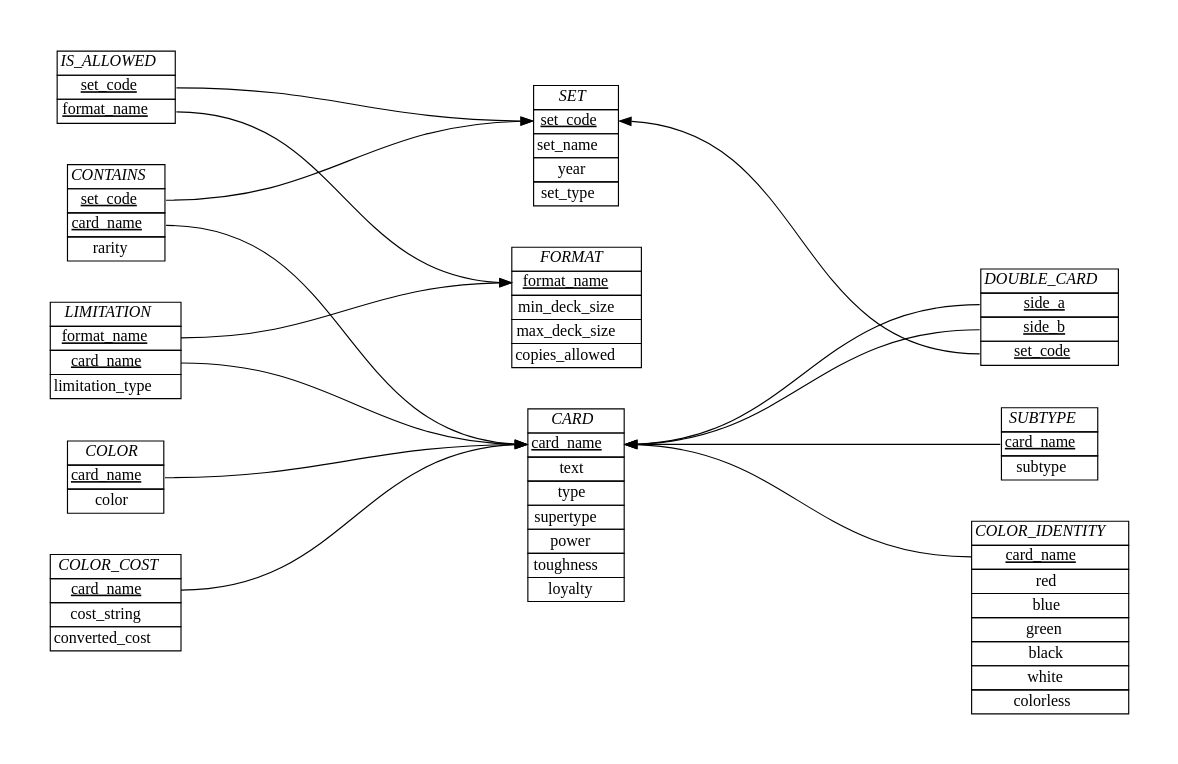
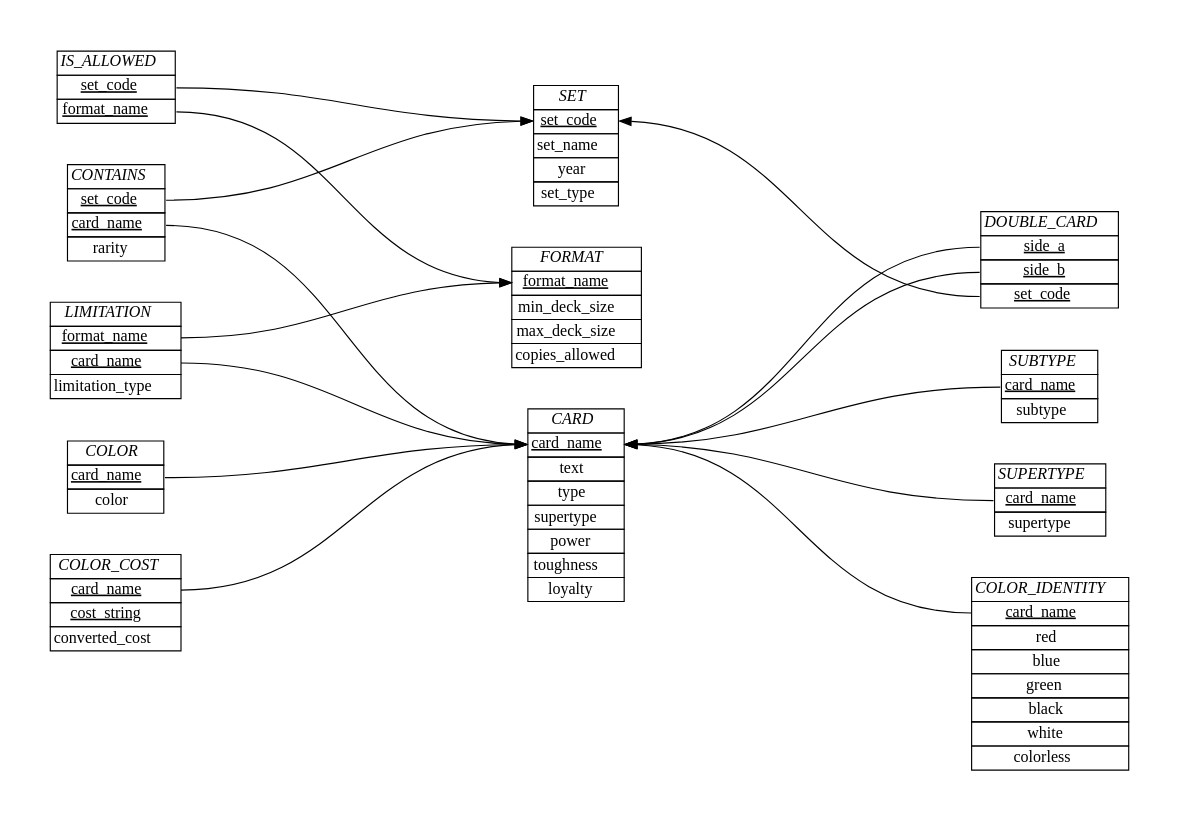
One commit to akilmarshall/trumark changed the diagram in schema/ER_diagram.dot. Above: the diagram before and after it, drawn with Graphviz. The commit also changed 6 other files, not shown here.

Commit message:
created a supertype table and removed it as an attribute from CARD

```diff
--- a/schema/ER_diagram.dot
+++ b/schema/ER_diagram.dot
@@ -1,123 +1,132 @@
 digraph {
     graph [splines=true, pad="0.5", nodesep="0.5", ranksep="4"];
     node [shape=plain];
     rankdir=LR; 
 
     Format [label=<
         <table border="0" cellborder="1" cellspacing="0">
         <tr><td><i>FORMAT</i></td></tr>
         <tr><td port="1"><u>format_name</u></td></tr>
         <tr><td port="2">min_deck_size</td></tr>
         <tr><td port="3">max_deck_size</td></tr>
         <tr><td port="4">copies_allowed</td></tr>
         </table>>];
 
     Set [label=<
         <table border="0" cellborder="1" cellspacing="0">
         <tr><td><i>SET</i></td></tr>
         <tr><td port="1"><u><font color="black">set_code</font></u></td></tr>
         <tr><td port="2"><font color="black">set_name</font></td></tr>
         <tr><td port="3">year</td></tr>
         <tr><td port="4">set_type</td></tr>
         </table>>];
 
     Card [label=<
         <table border="0" cellborder="1" cellspacing="0">
         <tr><td><i>CARD</i></td></tr>
         <tr><td port="1"><u><font color="black">card_name</font></u></td></tr>
         <tr><td port="2">text</td></tr>
         <tr><td port="4">type</td></tr>
         <tr><td port="5">supertype</td></tr>
         <tr><td port="6">power</td></tr>
         <tr><td port="7">toughness</td></tr>
         <tr><td port="8">loyalty</td></tr>
         </table>>];
 
     Contains [label=<
         <table border="0" cellborder="1" cellspacing="0">
         <tr><td><i>CONTAINS</i></td></tr>
         <tr><td port="1"><u>set_code</u></td></tr>
         <tr><td port="2"><u>card_name</u></td></tr>
         <tr><td port="3">rarity</td></tr>
         </table>>];
 
     Is_allowed [label=<
         <table border="0" cellborder="1" cellspacing="0">
         <tr><td><i>IS_ALLOWED</i></td></tr>
         <tr><td port="1"><u>set_code</u></td></tr>
         <tr><td port="2"><u>format_name</u></td></tr>
         </table>>];
 
     Double_card [label=<
         <table border="0" cellborder="1" cellspacing="0">
         <tr><td><i>DOUBLE_CARD</i></td></tr>
         <tr><td port="1"><u>side_a</u></td></tr>
         <tr><td port="2"><u>side_b</u></td></tr>
         <tr><td port="3"><u>set_code</u></td></tr>
         </table>>];
 
     Limitation [label=< <table border="0" cellborder="1" cellspacing="0">
     <tr><td><i>LIMITATION</i></td></tr>
     <tr><td port="1"><u>format_name</u></td></tr>
     <tr><td port="2"><u>card_name</u></td></tr>
     <tr><td port="3">limitation_type</td></tr>
     </table>>];
 
     Subtype [label=<
         <table border="0" cellborder="1" cellspacing="0">
         <tr><td><i>SUBTYPE</i></td></tr>
         <tr><td port="1"><u>card_name</u></td></tr>
         <tr><td port="2">subtype</td></tr>
         </table>>];
 
+    Supertype [label=<
+        <table border="0" cellborder="1" cellspacing="0">
+        <tr><td><i>SUPERTYPE</i></td></tr>
+        <tr><td port="1"><u>card_name</u></td></tr>
+        <tr><td port="2">supertype</td></tr>
+        </table>>];
+
     Color_identity [label=<
         <table border="0" cellborder="1" cellspacing="0">
         <tr><td><i>COLOR_IDENTITY</i></td></tr>
         <tr><td port="1"><u>card_name</u></td></tr>
         <tr><td port="2">red</td></tr>
         <tr><td port="3">blue</td></tr>
         <tr><td port="4">green</td></tr>
         <tr><td port="5">black</td></tr>
         <tr><td port="6">white</td></tr>
         <tr><td port="7">colorless</td></tr>
         </table>>];
 
     Color_cost [label=<
         <table border="0" cellborder="1" cellspacing="0">
         <tr><td><i>COLOR_COST</i></td></tr>
         <tr><td port="1"><u>card_name</u></td></tr>
-        <tr><td port="2">cost_string</td></tr>
+        <tr><td port="2"><u>cost_string</u></td></tr>
         <tr><td port="9">converted_cost</td></tr>
         </table>>];
 
     Color [label=<
         <table border="0" cellborder="1" cellspacing="0">
         <tr><td><i>COLOR</i></td></tr>
         <tr><td port="1"><u>card_name</u></td></tr>
         <tr><td port="2">color</td></tr>
         </table>>];
 
     Is_allowed:1 -> Set:1 [color=black];
     Is_allowed:2 -> Format:1;
 
     Contains:1 -> Set:1 [color=black];
     Contains:2 -> Card:1;
 
     Limitation:1 -> Format:1;
     Limitation:2 -> Card:1;
 
     Color:1 -> Card:1;
 
     Color_cost:1 -> Card:1;
 
     edge [dir="back"];
 
     Card:1 -> Double_card:1;
     Card:1 -> Double_card:2;
     Set:1 -> Double_card:3;
 
 
     Card:1 -> Subtype:1 ;
 
+    Card:1 -> Supertype:1 ;
+
     Card:1 -> Color_identity:1;
 }
```
